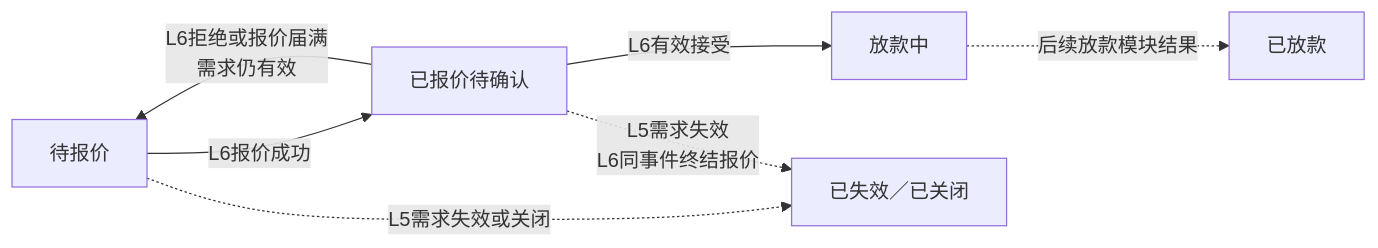
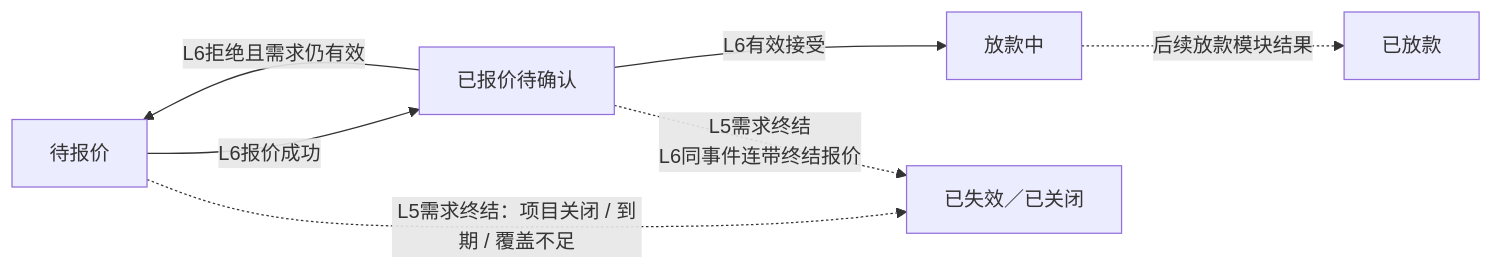
The eighth of 8 diagrams in lending-platform/PRD/v1.0-借贷广场-授信报价与接受拒绝/02-授信报价与接受拒绝-流程图与状态机.md (wxblockchain/Chain-Financing), drawn with Mermaid before and after one commit. The commit also changed other lines of this file and 5 other files, not shown here.

````diff
--- a/lending-platform/PRD/v1.0-借贷广场-授信报价与接受拒绝/02-授信报价与接受拒绝-流程图与状态机.md
+++ b/lending-platform/PRD/v1.0-借贷广场-授信报价与接受拒绝/02-授信报价与接受拒绝-流程图与状态机.md
@@ -187,9 +184,9 @@
 ```mermaid
 flowchart LR
   A["待报价"] -->|"L6报价成功"| B["已报价待确认"]
   B -->|"L6有效接受"| C["放款中"]
-  B -->|"L6拒绝或报价届满<br/>需求仍有效"| A
-  A -. "L5需求失效或关闭" .-> E["已失效／已关闭"]
-  B -. "L5需求失效<br/>L6同事件终结报价" .-> E
+  B -->|"L6拒绝且需求仍有效"| A
+  A -. "L5需求终结：项目关闭 / 到期 / 覆盖不足" .-> E["已失效／已关闭"]
+  B -. "L5需求终结<br/>L6同事件连带终结报价" .-> E
   C -. "后续放款模块结果" .-> D["已放款"]
 ```
````
